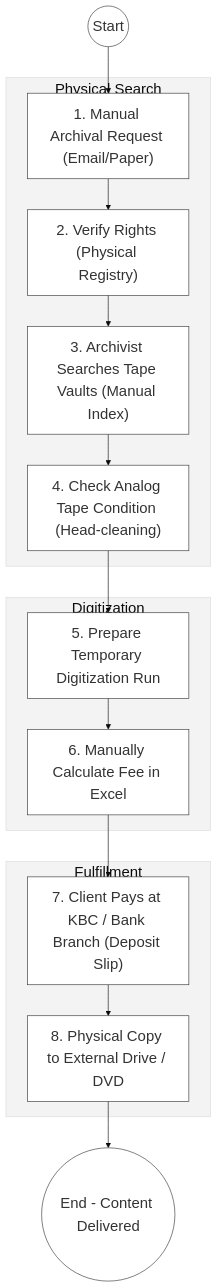
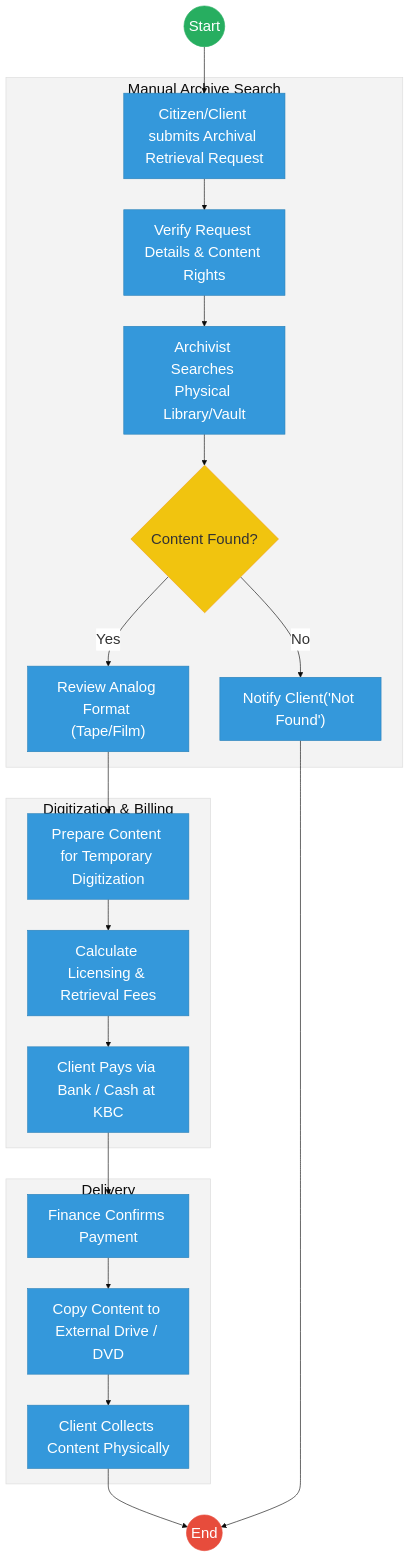
One commit to BITZ-IT-Consulting-LTD/ictapoc changed the first of 2 diagrams in mdas/docs_final/priority_mdas/Kenya_Broadcasting_Corporation___Service_Delivery.md. Above: the diagram before and after it, drawn with Mermaid. The commit also changed other lines of this file and 90 other files, not shown here.

````diff
--- a/mdas/docs_final/priority_mdas/Kenya_Broadcasting_Corporation___Service_Delivery.md
+++ b/mdas/docs_final/priority_mdas/Kenya_Broadcasting_Corporation___Service_Delivery.md
@@ -77,23 +32,38 @@
 ```mermaid
 %%{init: { 'theme': 'base', 'themeVariables': { 'fontSize': '24px', 'fontFamily': 'Inter, system-ui, sans-serif', 'primaryColor': '#ffffff', 'edgeLabelBackground':'#ffffff', 'tertiaryColor': '#f3f3f3', 'mainBkg': '#ffffff', 'nodeBorder': '#333333' } } }%%
-flowchart TD
-    Start((Start)) --> Request["1. Manual Archival Request (Email/Paper)"]
+graph TD
+    Start((Start)) --> Request["Citizen/Client submits Archival Retrieval Request"]
     
-    subgraph Library_Silo["Physical Search"]
-        Request --> Verify["2. Verify Rights (Physical Registry)"]
-        Verify --> Search["3. Archivist Searches Tape Vaults (Manual Index)"]
-        Search --> Condition["4. Check Analog Tape Condition (Head-cleaning)"]
+    subgraph Search["Manual Archive Search"]
+        Request --> Verify["Verify Request Details & Content Rights"]
+        Verify --> PhysicalSearch["Archivist Searches Physical Library/Vault"]
+        PhysicalSearch --> Found{"Content Found?"}
+        
+        Found -- "No" --> Notify["Notify Client('Not Found')"]
+        Found -- "Yes" --> Review["Review Analog Format (Tape/Film)"]
     end
+    
+    subgraph Processing["Digitization & Billing"]
+        Review --> Prep["Prepare Content for Temporary Digitization"]
+        Prep --> Bill["Calculate Licensing & Retrieval Fees"]
+        Bill --> Payment["Client Pays via Bank / Cash at KBC"]
+    end
+    
+    subgraph Issuance [Delivery]
+        Payment --> Confirm["Finance Confirms Payment"]
+        Confirm --> Copy["Copy Content to External Drive / DVD"]
+        Copy --> Collect["Client Collects Content Physically"]
+    end
+    
+    Collect --> End((End))
+    Notify --> End
 
-    subgraph Processing_Silo["Digitization"]
-        Condition --> Prepare["5. Prepare Temporary Digitization Run"]
-        Prepare --> Bill["6. Manually Calculate Fee in Excel"]
-    end
-
-    subgraph Delivery_Silo["Fulfillment"]
-        Bill --> Payment["7. Client Pays at KBC / Bank Branch (Deposit Slip)"]
-        Payment --> Copy["8. Physical Copy to External Drive / DVD"]
-    end
-
-    Copy --> EndProcess(("End - Content Delivered"))
+    classDef start fill:#27ae60,stroke:#27ae60,color:#fff,font-size:24px,font-size:24px;;
+    classDef endNode fill:#e74c3c,stroke:#e74c3c,color:#fff,font-size:24px,font-size:24px;;
+    classDef userTask fill:#3498db,stroke:#2980b9,color:#fff,font-size:24px,font-size:24px;;
+    classDef gateway fill:#f1c40f,stroke:#f39c12,color:#333,font-size:24px,font-size:24px;;
+    class Start start;
+    class End endNode;
+    class Found gateway;
+    class Request,Verify,PhysicalSearch,Review,Prep,Bill,Payment,Confirm,Copy,Collect,Notify userTask;
 ```
````
